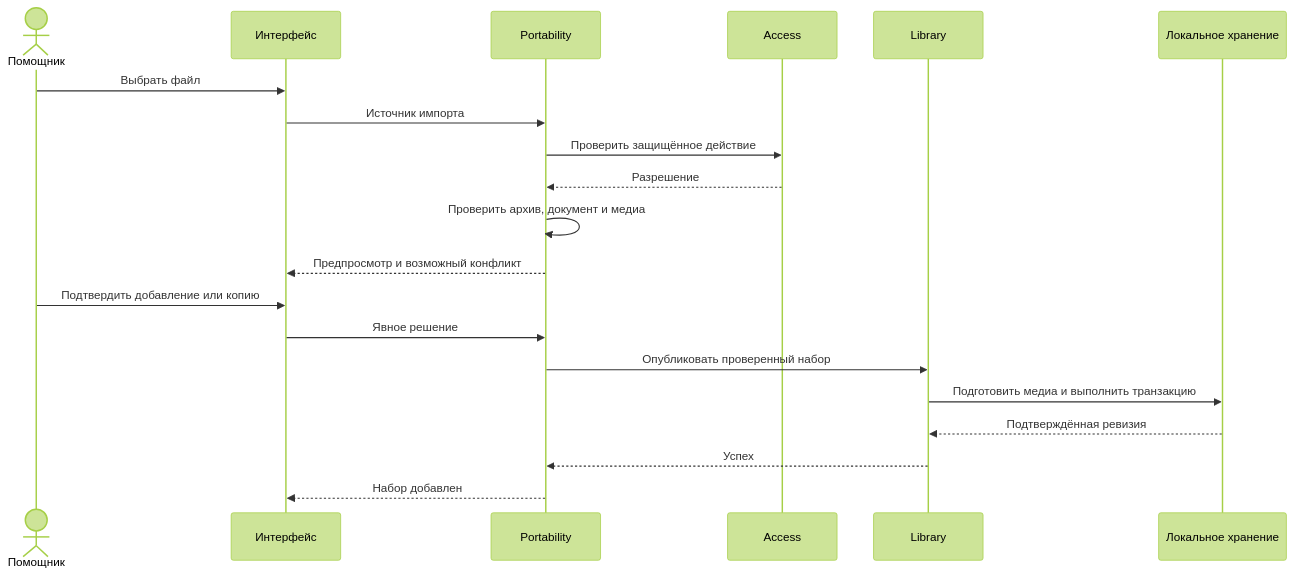
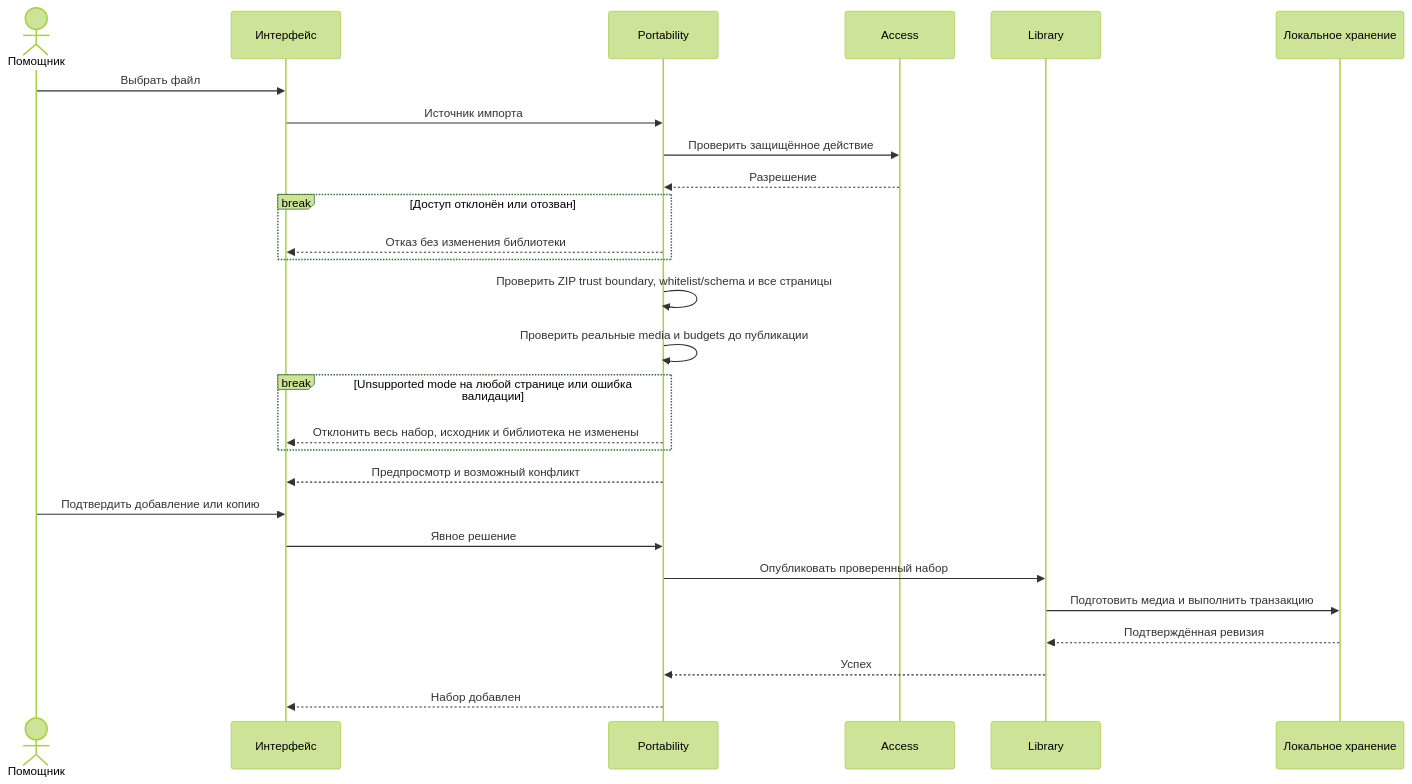
Before and after one commit to linkasu/linka.pictures-android: the fifth of 5 diagrams in docs/c4/04-c4.md, drawn with Mermaid (forest theme). The commit also changed other lines of this file and 53 other files, not shown here.

Commit message:
feat: freeze P02 core contracts and Unicode16 grapheme behavior

````diff
--- a/docs/c4/04-c4.md
+++ b/docs/c4/04-c4.md
@@ -196,24 +214,31 @@
 ```mermaid
 sequenceDiagram
     actor Helper as Помощник
     participant UI as Интерфейс
     participant P as Portability
     participant G as Access
     participant L as Library
     participant ST as Локальное хранение
 
     Helper->>UI: Выбрать файл
     UI->>P: Источник импорта
     P->>G: Проверить защищённое действие
     G-->>P: Разрешение
-    P->>P: Проверить архив, документ и медиа
+    break Доступ отклонён или отозван
+        P-->>UI: Отказ без изменения библиотеки
+    end
+    P->>P: Проверить ZIP trust boundary, whitelist/schema и все страницы
+    P->>P: Проверить реальные media и budgets до публикации
+    break Unsupported mode на любой странице или ошибка валидации
+        P-->>UI: Отклонить весь набор, исходник и библиотека не изменены
+    end
     P-->>UI: Предпросмотр и возможный конфликт
 
     Helper->>UI: Подтвердить добавление или копию
     UI->>P: Явное решение
     P->>L: Опубликовать проверенный набор
     L->>ST: Подготовить медиа и выполнить транзакцию
     ST-->>L: Подтверждённая ревизия
     L-->>P: Успех
     P-->>UI: Набор добавлен
 ```
````
